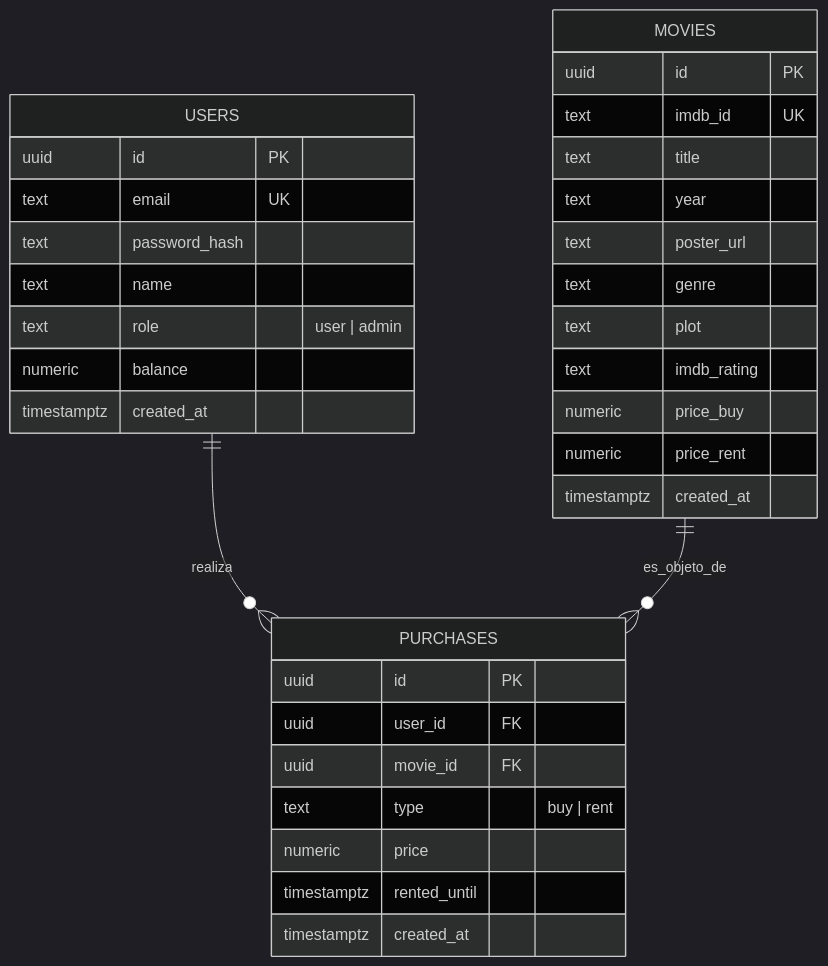
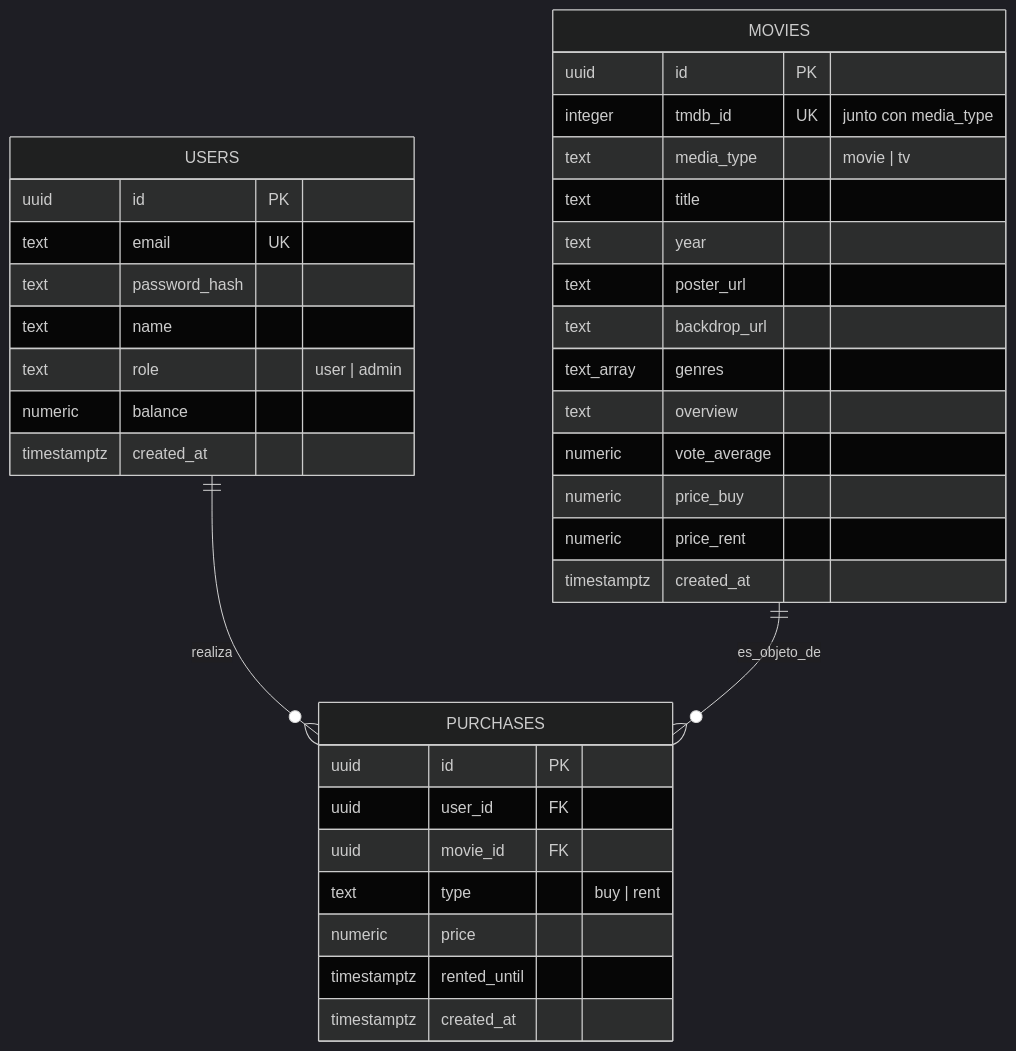
Before and after one commit to Javi1771/nebula: the diagram in README.md, drawn with Mermaid (dark theme). The commit also changed other lines of this file and 77 other files, not shown here.

````diff
--- a/README.md
+++ b/README.md
@@ -73,39 +74,41 @@
 ```mermaid
 erDiagram
     USERS ||--o{ PURCHASES : realiza
     MOVIES ||--o{ PURCHASES : es_objeto_de
 
     USERS {
         uuid id PK
         text email UK
         text password_hash
         text name
         text role "user | admin"
         numeric balance
         timestamptz created_at
     }
 
     MOVIES {
         uuid id PK
-        text imdb_id UK
+        integer tmdb_id UK "junto con media_type"
+        text media_type "movie | tv"
         text title
         text year
         text poster_url
-        text genre
-        text plot
-        text imdb_rating
+        text backdrop_url
+        text_array genres
+        text overview
+        numeric vote_average
         numeric price_buy
         numeric price_rent
         timestamptz created_at
     }
 
     PURCHASES {
         uuid id PK
         uuid user_id FK
         uuid movie_id FK
         text type "buy | rent"
         numeric price
         timestamptz rented_until
         timestamptz created_at
     }
 ```
````
